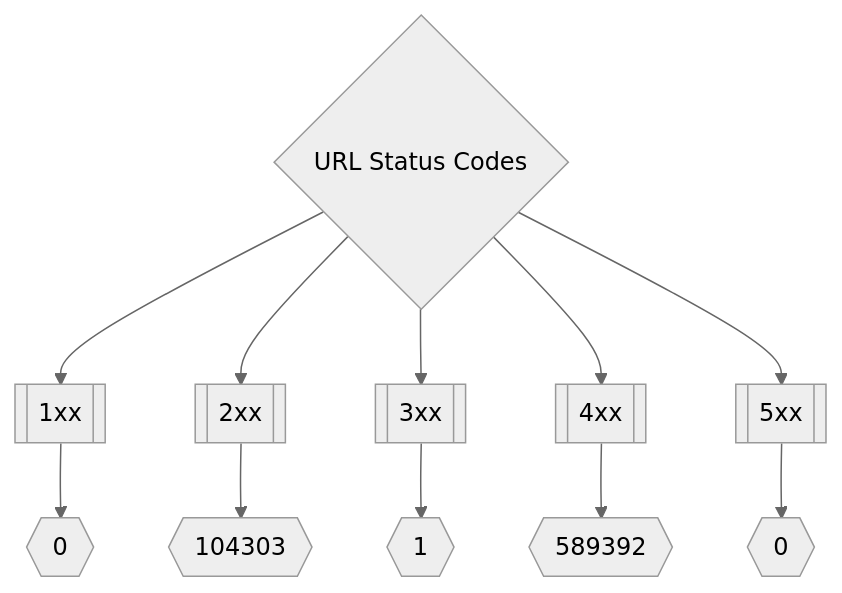
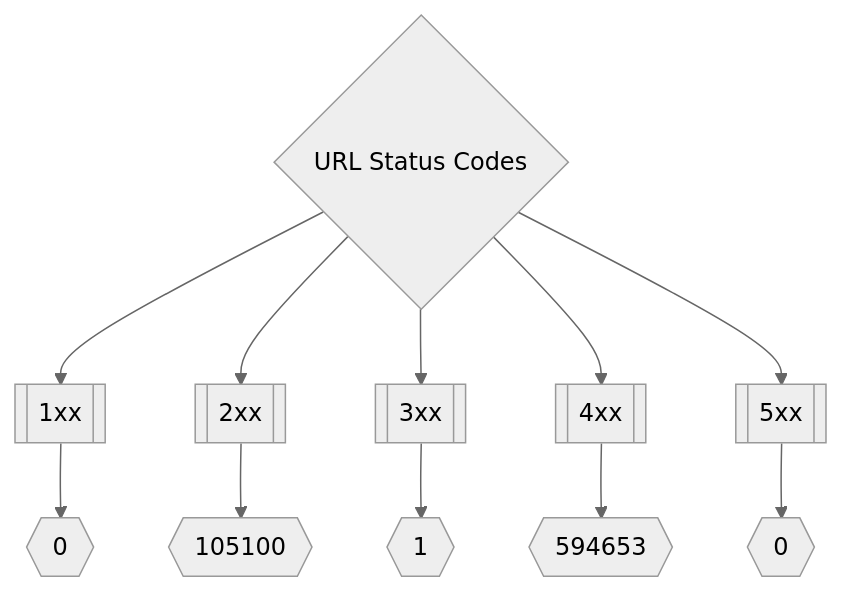
One commit to Excloudx6/inventory changed the second of 3 diagrams in README.md. Above: the diagram before and after it, drawn with Mermaid (neutral theme). The commit also changed other lines of this file, not shown here.

Commit message:
Update README.md Thu Aug 11 22:19:59 UTC 2022

````diff
--- a/README.md
+++ b/README.md
@@ -175,8 +175,8 @@
 ```mermaid
 graph TD
 title{URL Status Codes} --> 1xx[[1xx]] --> status1xxNum{{0}}
-title --> 2xx[[2xx]] --> status2xxNum{{104303}}
+title --> 2xx[[2xx]] --> status2xxNum{{105100}}
 title --> 3xx[[3xx]] --> status3xxNum{{1}}
-title --> 4xx[[4xx]] --> status4xxNum{{589392}}
+title --> 4xx[[4xx]] --> status4xxNum{{594653}}
 title --> 5xx[[5xx]] --> status5xxNum{{0}}
 ```
````
